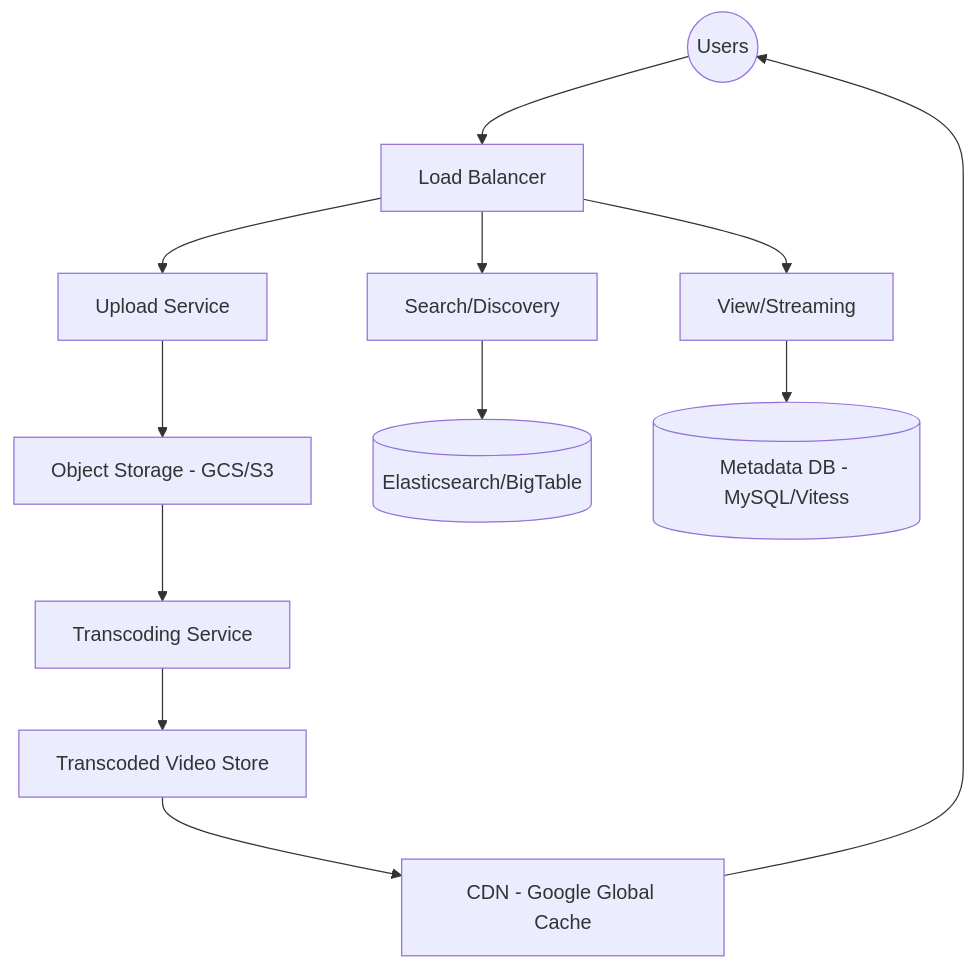
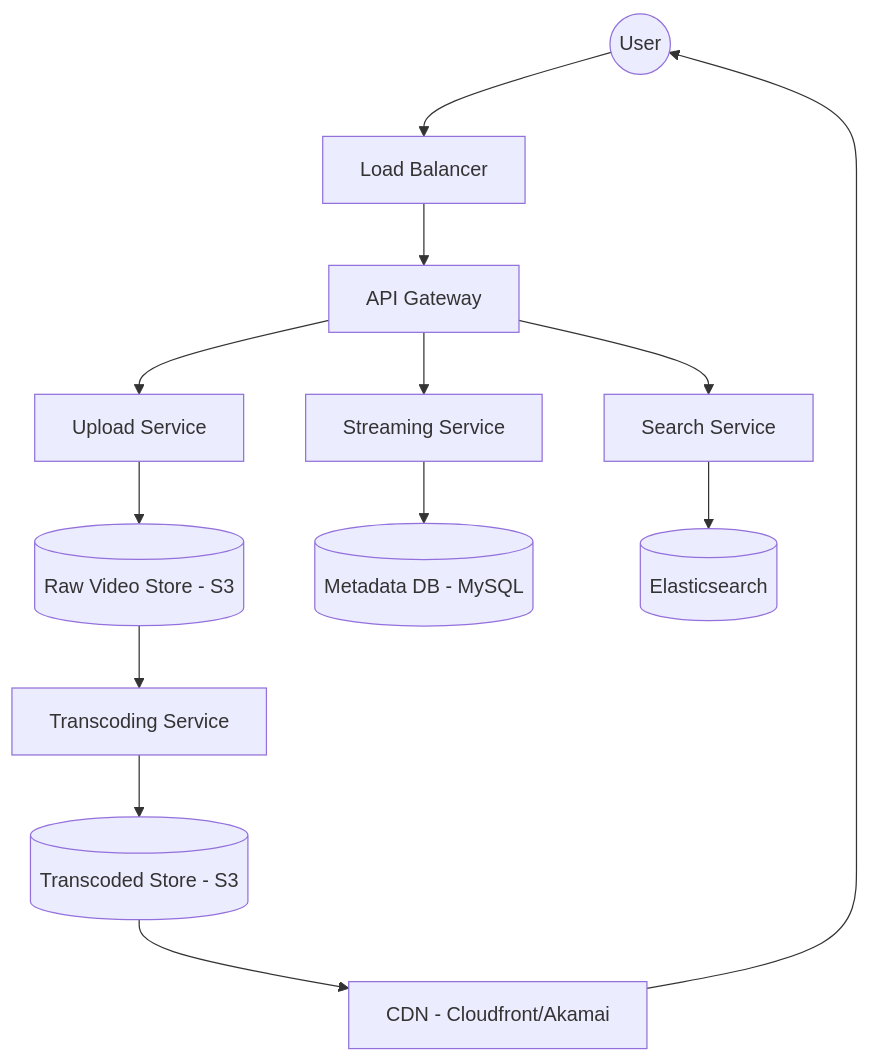
The diagram in docs/case-studies/youtube.md (yokeshrana/systemdesign), drawn with Mermaid before and after one commit. The commit also changed other lines of this file and 5 other files, not shown here.

Commit message:
docs: deeply enhance case studies with 7-step structure and detailed architecture

````diff
--- a/docs/case-studies/youtube.md
+++ b/docs/case-studies/youtube.md
@@ -20,17 +80,19 @@
 ```mermaid
 graph TD
-    User((Users)) --> LB[Load Balancer]
-    LB --> Upload[Upload Service]
-    LB --> Search[Search/Discovery]
-    LB --> View[View/Streaming]
+    User((User)) --> LB[Load Balancer]
+    LB --> API[API Gateway]
     
-    Upload --> GCS[Object Storage - GCS/S3]
-    GCS --> Transcoder[Transcoding Service]
-    Transcoder --> TranscodedGCS[Transcoded Video Store]
+    API --> UploadS[Upload Service]
+    API --> StreamS[Streaming Service]
+    API --> SearchS[Search Service]
     
-    TranscodedGCS --> CDN[CDN - Google Global Cache]
+    UploadS --> RawStore[(Raw Video Store - S3)]
+    RawStore --> Transcoder[Transcoding Service]
+    Transcoder --> FinalStore[(Transcoded Store - S3)]
+    
+    FinalStore --> CDN[CDN - Cloudfront/Akamai]
     CDN --> User
     
-    Search --> ES[(Elasticsearch/BigTable)]
-    View --> MetaDB[(Metadata DB - MySQL/Vitess)]
+    StreamS --> MetaDB[(Metadata DB - MySQL)]
+    SearchS --> ES[(Elasticsearch)]
 ```
````
